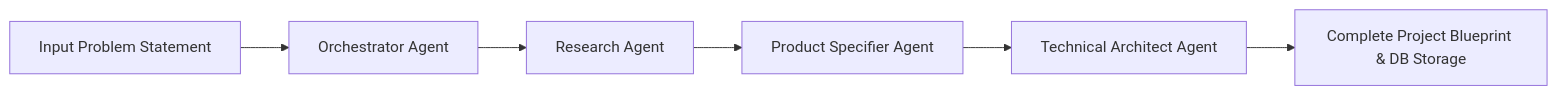
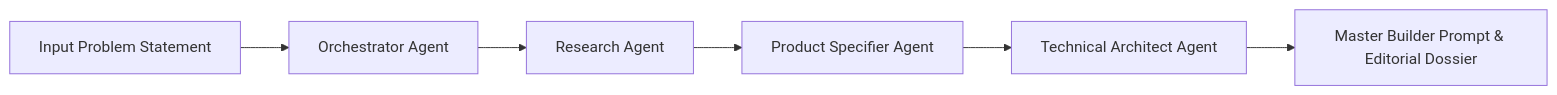
One commit to Ahm3dh-sham/Hackathon-AI changed the diagram in README.md. Above: the diagram before and after it, drawn with Mermaid. The commit also changed other lines of this file, not shown here.

Commit message:
docs(readme): document editorial blueprint studio design system, builder prompt, and interactive UI stack

````diff
--- a/README.md
+++ b/README.md
@@ -25,8 +36,8 @@
 ```mermaid
 flowchart LR
     A["Input Problem Statement"] --> B["Orchestrator Agent"]
     B --> C["Research Agent"]
     C --> D["Product Specifier Agent"]
     D --> E["Technical Architect Agent"]
-    E --> F["Complete Project Blueprint & DB Storage"]
+    E --> F["Master Builder Prompt & Editorial Dossier"]
 ```
````
